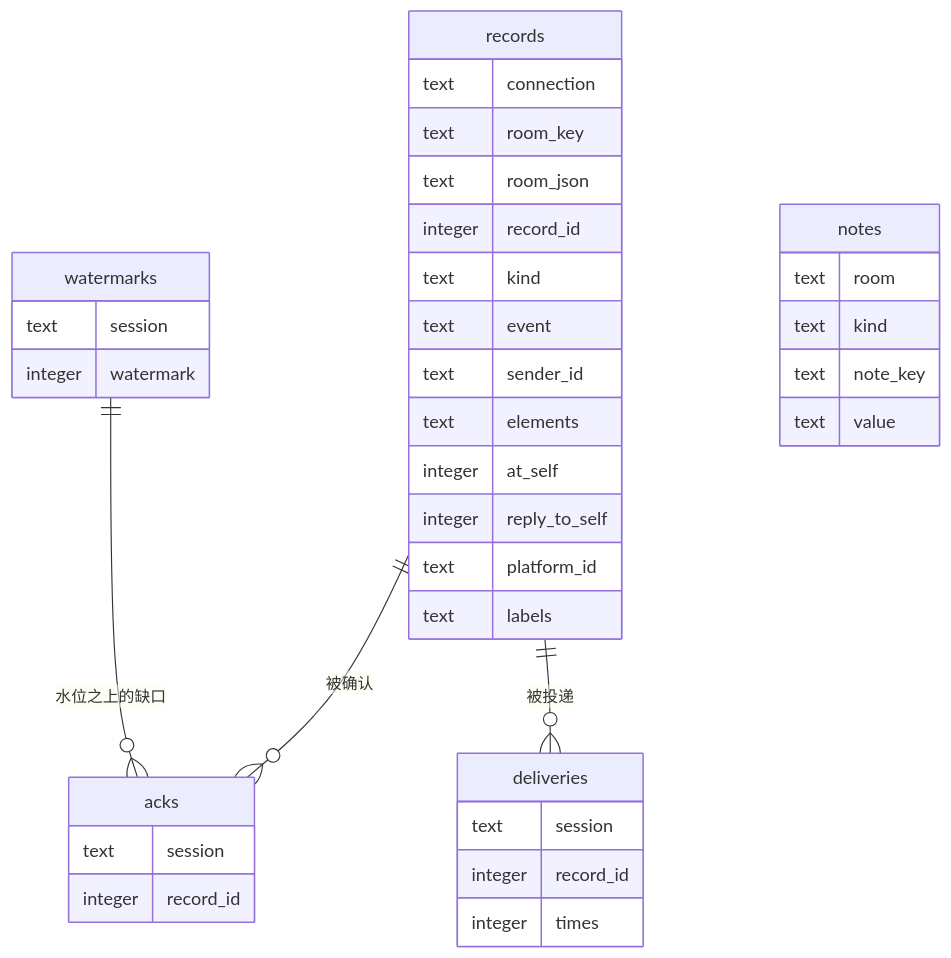
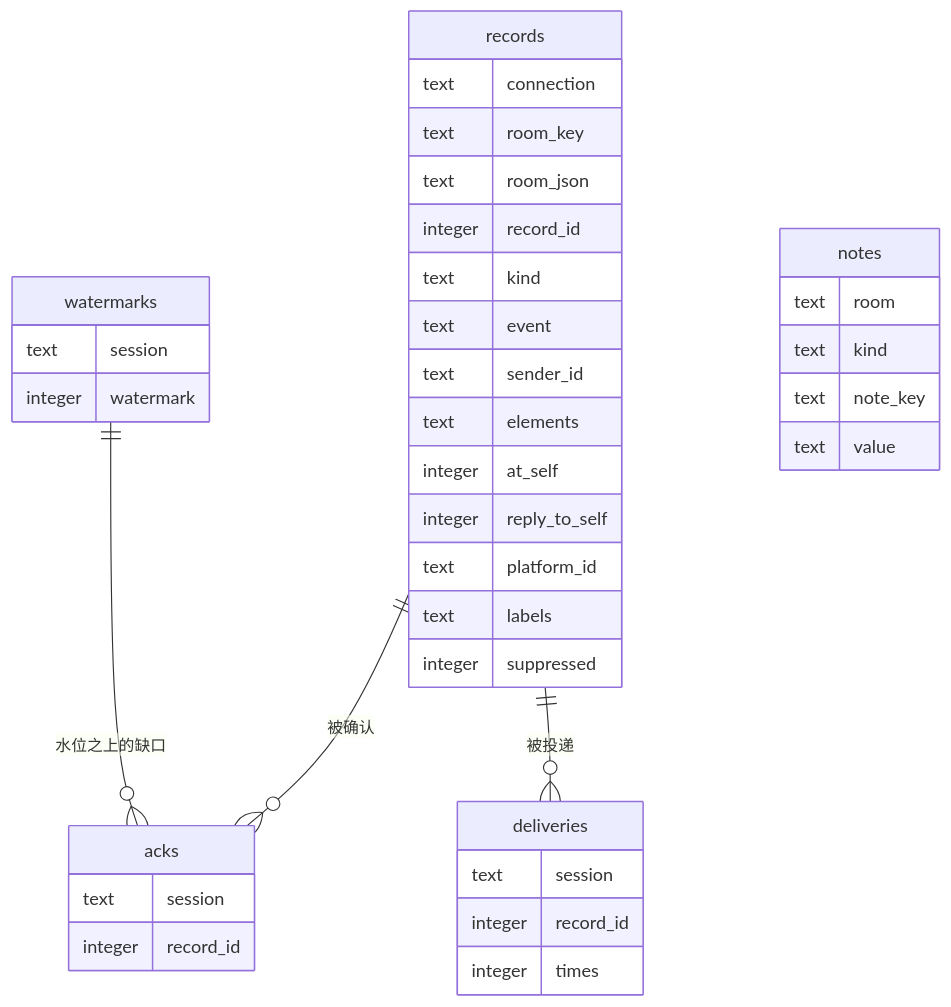
The diagram in docs/07-storage.md (DataEraserC/qq-bridge), drawn with Mermaid before and after one commit. The commit also changed other lines of this file and 11 other files, not shown here.

````diff
--- a/docs/07-storage.md
+++ b/docs/07-storage.md
@@ -28,39 +28,40 @@
 ```mermaid
 erDiagram
     records {
         text connection
         text room_key
         text room_json
         integer record_id
         text kind
         text event
         text sender_id
         text elements
         integer at_self
         integer reply_to_self
         text platform_id
         text labels
+        integer suppressed
     }
     watermarks {
         text session
         integer watermark
     }
     acks {
         text session
         integer record_id
     }
     deliveries {
         text session
         integer record_id
         integer times
     }
     notes {
         text room
         text kind
         text note_key
         text value
     }
     records ||--o{ acks : "被确认"
     records ||--o{ deliveries : "被投递"
     watermarks ||--o{ acks : "水位之上的缺口"
 ```
````
